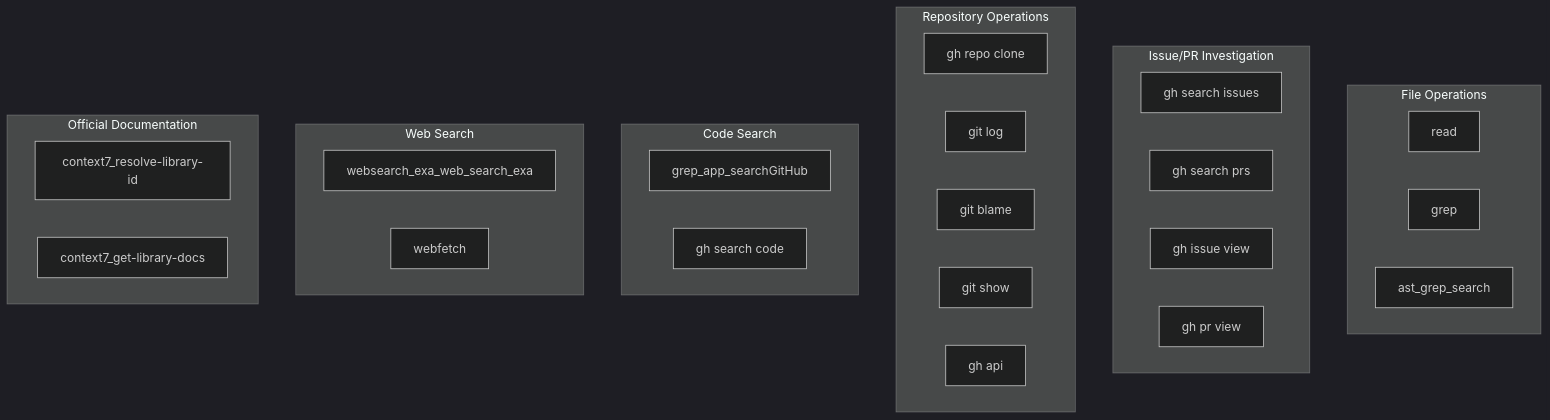
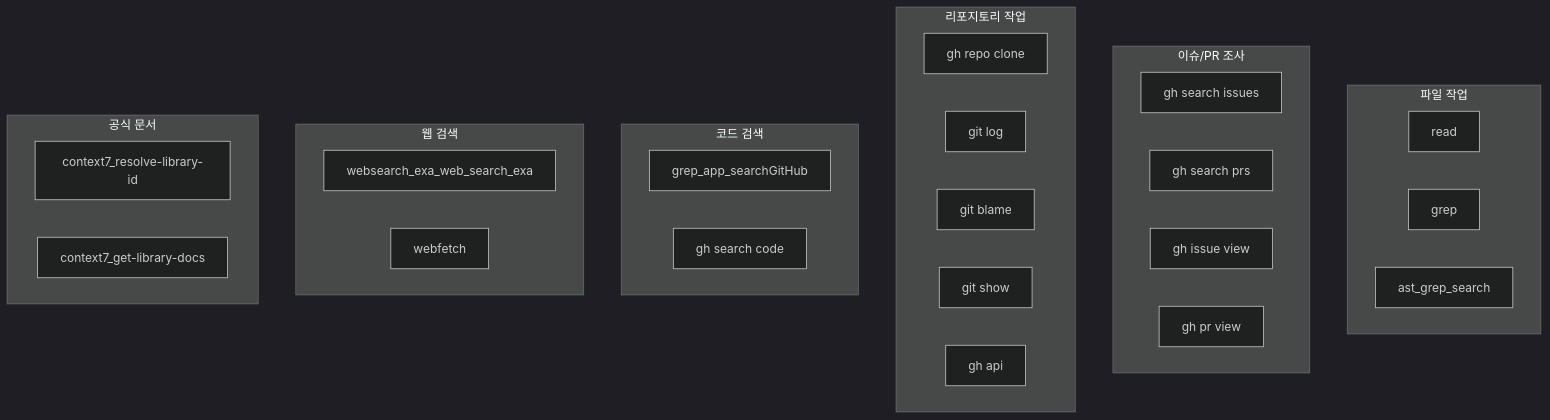
The second of 5 diagrams in docs/agents/librarian-agent.md (felipetruman/oh-my-opencode-docs), drawn with Mermaid (dark theme) before and after one commit. The commit also changed other lines of this file and 76 other files, not shown here.

````diff
--- a/docs/agents/librarian-agent.md
+++ b/docs/agents/librarian-agent.md
@@ -166,58 +166,58 @@
 ```mermaid
 flowchart TD
 
 read["read"]
 grep["grep"]
 ast_grep["ast_grep_search"]
 gh_search_issues["gh search issues"]
 gh_search_prs["gh search prs"]
 gh_issue_view["gh issue view"]
 gh_pr_view["gh pr view"]
 gh_clone["gh repo clone"]
 git_log["git log"]
 git_blame["git blame"]
 git_show["git show"]
 gh_api["gh api"]
 grep_app["grep_app_searchGitHub"]
 gh_search["gh search code"]
 websearch["websearch_exa_web_search_exa"]
 webfetch["webfetch"]
 context7_resolve["context7_resolve-library-id"]
 context7_get["context7_get-library-docs"]
 
-subgraph subGraph5 ["File Operations"]
+subgraph subGraph5 ["파일 작업"]
     read
     grep
     ast_grep
 end
 
-subgraph subGraph4 ["Issue/PR Investigation"]
+subgraph subGraph4 ["이슈/PR 조사"]
     gh_search_issues
     gh_search_prs
     gh_issue_view
     gh_pr_view
 end
 
-subgraph subGraph3 ["Repository Operations"]
+subgraph subGraph3 ["리포지토리 작업"]
     gh_clone
     git_log
     git_blame
     git_show
     gh_api
 end
 
-subgraph subGraph2 ["Code Search"]
+subgraph subGraph2 ["코드 검색"]
     grep_app
     gh_search
 end
 
-subgraph subGraph1 ["Web Search"]
+subgraph subGraph1 ["웹 검색"]
     websearch
     webfetch
 end
 
-subgraph subGraph0 ["Official Documentation"]
+subgraph subGraph0 ["공식 문서"]
     context7_resolve
     context7_get
 end
 ```
````
